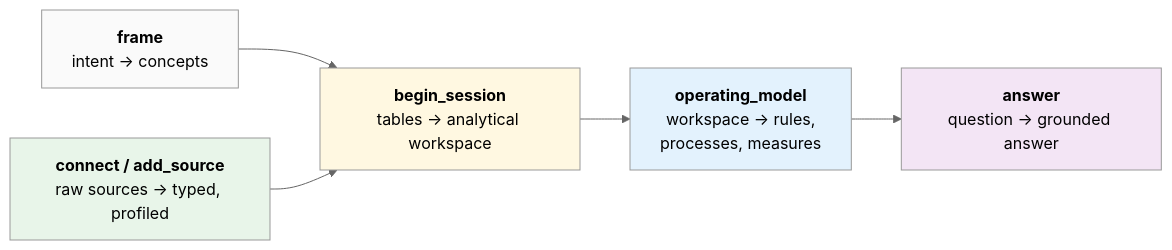
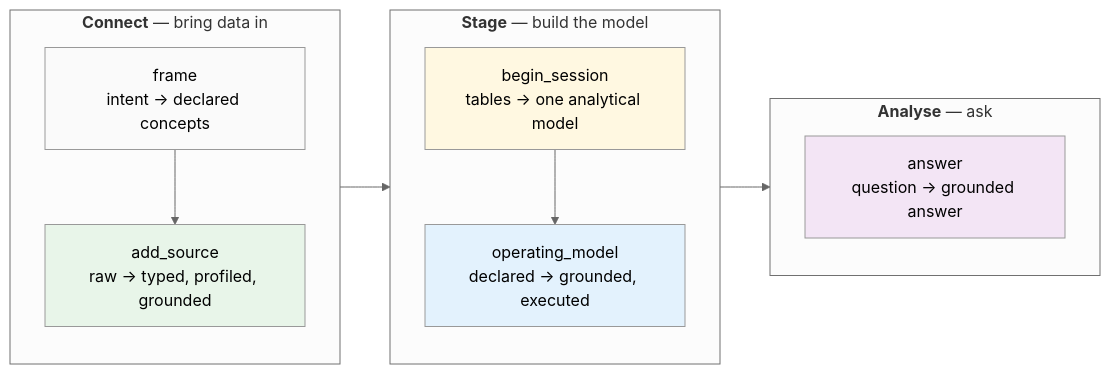
The diagram in docs/concepts/the-journey.md (dataraum/dataraum), drawn with Mermaid (neutral theme) before and after one commit. The commit also changed other lines of this file and 6 other files, not shown here.

First line of the commit message:
docs: phase-1 concept spine — operating-model and frame-ground-teach pages, journey in cockpit vocabulary

````diff
--- a/docs/concepts/the-journey.md
+++ b/docs/concepts/the-journey.md
@@ -7,19 +10,24 @@
 ```mermaid
 flowchart LR
-    F["<b>frame</b><br/>intent → concepts"]
-    A["<b>connect / add_source</b><br/>raw sources → typed, profiled"]
-    B["<b>begin_session</b><br/>tables → analytical workspace"]
-    O["<b>operating_model</b><br/>workspace → rules,<br/>processes, measures"]
-    AN["<b>answer</b><br/>question → grounded answer"]
-
-    F --> B
-    A --> B
-    B --> O
-    O --> AN
-
+    subgraph C["<b>Connect</b> — bring data in"]
+        direction TB
+        F["frame<br/>intent → declared concepts"]
+        A["add_source<br/>raw → typed, profiled, grounded"]
+        F --> A
+    end
+    subgraph S["<b>Stage</b> — build the model"]
+        direction TB
+        B["begin_session<br/>tables → one analytical model"]
+        O["operating_model<br/>declared → grounded, executed"]
+        B --> O
+    end
+    subgraph AN["<b>Analyse</b> — ask"]
+        Q["answer<br/>question → grounded answer"]
+    end
+    C --> S --> AN
     style F fill:#fafafa
     style A fill:#e8f5e9
     style B fill:#fff8e1
     style O fill:#e3f2fd
-    style AN fill:#f3e5f5
+    style Q fill:#f3e5f5
 ```
````
